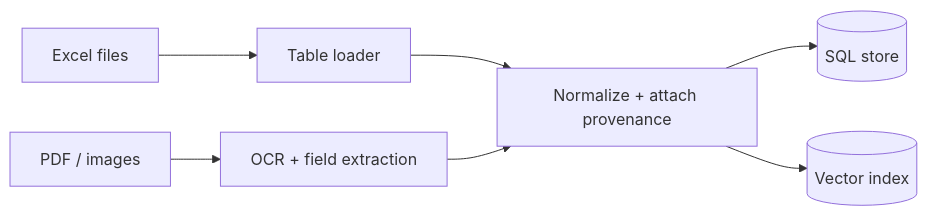
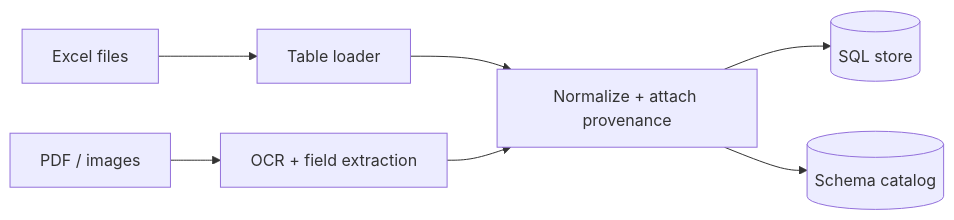
One commit to mahdiansarisadr/AccountingResearcher changed the fifth of 5 diagrams in docs/TDD.md. Above: the diagram before and after it, drawn with Mermaid. The commit also changed other lines of this file, not shown here.

Commit message:
TDD: integrate schema retrieval / table selection across architecture, agent, data, NFR, eval, ADRs, and rollout

````diff
--- a/docs/TDD.md
+++ b/docs/TDD.md
@@ -237,9 +271,9 @@
 ```mermaid
 flowchart LR
     x["Excel files"] --> loader["Table loader"]
     p["PDF / images"] --> ocr["OCR + field extraction"]
     loader --> norm["Normalize + attach provenance"]
     ocr --> norm
     norm --> sql[("SQL store")]
-    norm --> vec[("Vector index")]
+    norm --> cat[("Schema catalog")]
 ```
````
